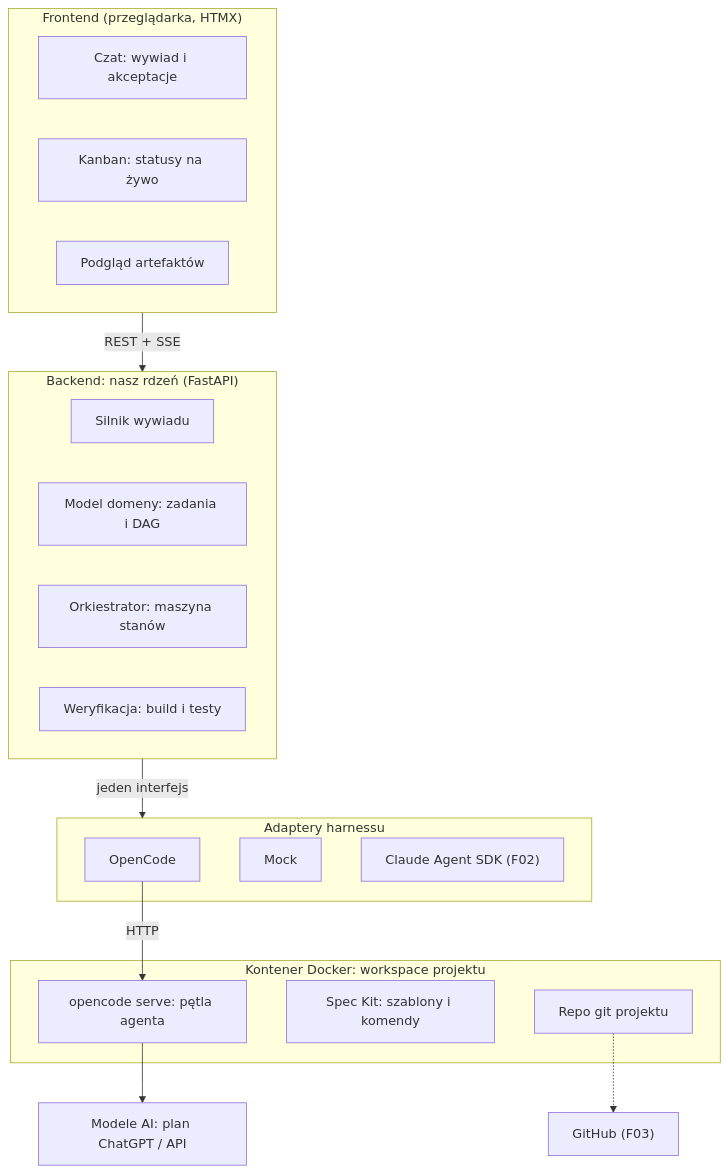
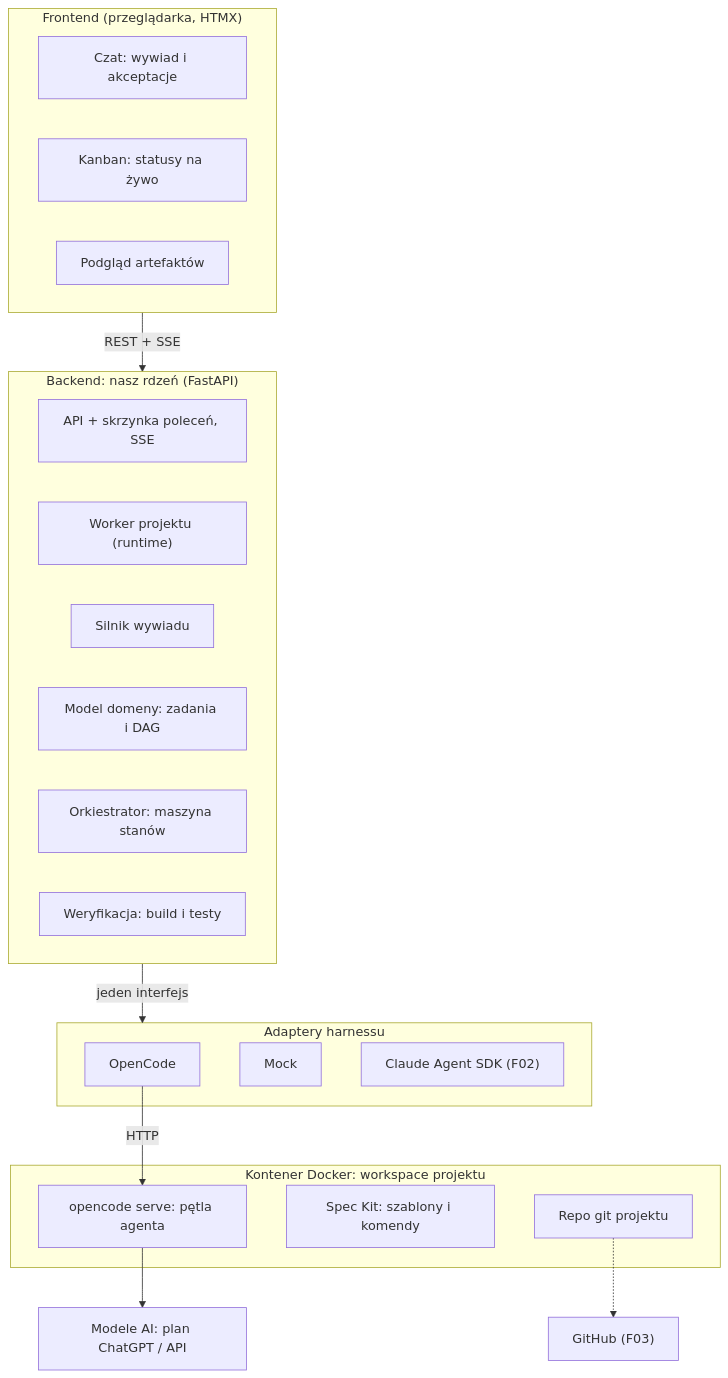
The first of 3 diagrams in docs/ARCHITECTURE.md (sebastiansadowski-ctrl/Specflow), drawn with Mermaid before and after one commit. The commit also changed other lines of this file and 40 other files, not shown here.

````diff
--- a/docs/ARCHITECTURE.md
+++ b/docs/ARCHITECTURE.md
@@ -5,36 +5,38 @@
 ```mermaid
 flowchart TB
   subgraph FE["Frontend (przeglądarka, HTMX)"]
     chat["Czat: wywiad i akceptacje"]
     board["Kanban: statusy na żywo"]
     art["Podgląd artefaktów"]
   end
 
   subgraph BE["Backend: nasz rdzeń (FastAPI)"]
+    inbox["API + skrzynka poleceń, SSE"]
+    worker["Worker projektu (runtime)"]
     interview["Silnik wywiadu"]
     domain["Model domeny: zadania i DAG"]
     orch["Orkiestrator: maszyna stanów"]
     verify["Weryfikacja: build i testy"]
   end
 
   subgraph AD["Adaptery harnessu"]
     oc["OpenCode"]
     mock["Mock"]
     sdk["Claude Agent SDK (F02)"]
   end
 
   subgraph WS["Kontener Docker: workspace projektu"]
     serve["opencode serve: pętla agenta"]
     sk["Spec Kit: szablony i komendy"]
     repo["Repo git projektu"]
   end
 
   models["Modele AI: plan ChatGPT / API"]
   gh["GitHub (F03)"]
 
   FE -- "REST + SSE" --> BE
   BE -- "jeden interfejs" --> AD
   oc -- "HTTP" --> serve
   serve --> models
   repo -.-> gh
 ```
````
